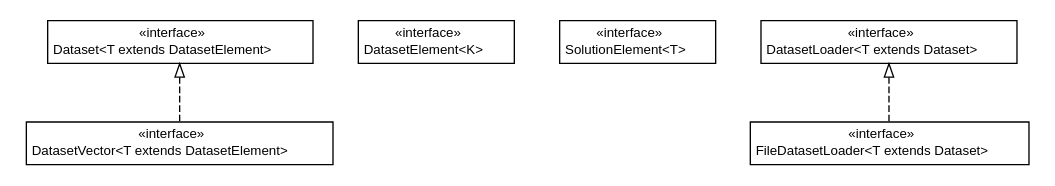
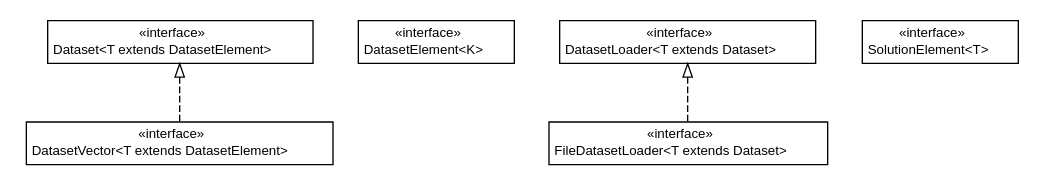
The diagram in docs/it/unica/foresee/datasets/interfaces/it.unica.foresee.datasets.interfaces.dot (UnicaLabs-CS/Foresee), drawn with Graphviz before and after one commit. The commit also changed 175 other files, not shown here.

Commit message:
Updated movielens to an efficient sparse vector data structure, added more dataset element and dataset structures, updated configuration for makefiles, improved experience for windows users, updated documentation, updated configuration script

```diff
--- a/docs/it/unica/foresee/datasets/interfaces/it.unica.foresee.datasets.interfaces.dot
+++ b/docs/it/unica/foresee/datasets/interfaces/it.unica.foresee.datasets.interfaces.dot
@@ -1,58 +1,58 @@
 #!/usr/local/bin/dot
 #
 # Class diagram 
 # Generated by UMLGraph version 5.2 (http://www.umlgraph.org/)
 #
 
 digraph G {
 	edge [fontname="Helvetica",fontsize=10,labelfontname="Helvetica",labelfontsize=10];
 	node [fontname="Helvetica",fontsize=10,shape=plaintext];
 	nodesep=0.25;
 	ranksep=0.5;
 	// it.unica.foresee.datasets.interfaces.DatasetVector<T extends it.unica.foresee.datasets.interfaces.DatasetElement>
-	c39 [label=<<table title="it.unica.foresee.datasets.interfaces.DatasetVector" border="0" cellborder="1" cellspacing="0" cellpadding="2" port="p" href="./DatasetVector.html">
+	c42 [label=<<table title="it.unica.foresee.datasets.interfaces.DatasetVector" border="0" cellborder="1" cellspacing="0" cellpadding="2" port="p" href="./DatasetVector.html">
 		<tr><td><table border="0" cellspacing="0" cellpadding="1">
 <tr><td align="center" balign="center"> &#171;interface&#187; </td></tr>
 <tr><td align="center" balign="center"> DatasetVector&lt;T extends DatasetElement&gt; </td></tr>
 		</table></td></tr>
 		</table>>, fontname="Helvetica", fontcolor="black", fontsize=10.0];
 	// it.unica.foresee.datasets.interfaces.DatasetElement<K>
-	c40 [label=<<table title="it.unica.foresee.datasets.interfaces.DatasetElement" border="0" cellborder="1" cellspacing="0" cellpadding="2" port="p" href="./DatasetElement.html">
+	c43 [label=<<table title="it.unica.foresee.datasets.interfaces.DatasetElement" border="0" cellborder="1" cellspacing="0" cellpadding="2" port="p" href="./DatasetElement.html">
 		<tr><td><table border="0" cellspacing="0" cellpadding="1">
 <tr><td align="center" balign="center"> &#171;interface&#187; </td></tr>
 <tr><td align="center" balign="center"> DatasetElement&lt;K&gt; </td></tr>
 		</table></td></tr>
 		</table>>, fontname="Helvetica", fontcolor="black", fontsize=10.0];
+	// it.unica.foresee.datasets.interfaces.FileDatasetLoader<T extends it.unica.foresee.datasets.interfaces.Dataset>
+	c44 [label=<<table title="it.unica.foresee.datasets.interfaces.FileDatasetLoader" border="0" cellborder="1" cellspacing="0" cellpadding="2" port="p" href="./FileDatasetLoader.html">
+		<tr><td><table border="0" cellspacing="0" cellpadding="1">
+<tr><td align="center" balign="center"> &#171;interface&#187; </td></tr>
+<tr><td align="center" balign="center"> FileDatasetLoader&lt;T extends Dataset&gt; </td></tr>
+		</table></td></tr>
+		</table>>, fontname="Helvetica", fontcolor="black", fontsize=10.0];
 	// it.unica.foresee.datasets.interfaces.SolutionElement<T>
-	c41 [label=<<table title="it.unica.foresee.datasets.interfaces.SolutionElement" border="0" cellborder="1" cellspacing="0" cellpadding="2" port="p" href="./SolutionElement.html">
+	c45 [label=<<table title="it.unica.foresee.datasets.interfaces.SolutionElement" border="0" cellborder="1" cellspacing="0" cellpadding="2" port="p" href="./SolutionElement.html">
 		<tr><td><table border="0" cellspacing="0" cellpadding="1">
 <tr><td align="center" balign="center"> &#171;interface&#187; </td></tr>
 <tr><td align="center" balign="center"> SolutionElement&lt;T&gt; </td></tr>
 		</table></td></tr>
 		</table>>, fontname="Helvetica", fontcolor="black", fontsize=10.0];
 	// it.unica.foresee.datasets.interfaces.Dataset<T extends it.unica.foresee.datasets.interfaces.DatasetElement>
-	c42 [label=<<table title="it.unica.foresee.datasets.interfaces.Dataset" border="0" cellborder="1" cellspacing="0" cellpadding="2" port="p" href="./Dataset.html">
+	c46 [label=<<table title="it.unica.foresee.datasets.interfaces.Dataset" border="0" cellborder="1" cellspacing="0" cellpadding="2" port="p" href="./Dataset.html">
 		<tr><td><table border="0" cellspacing="0" cellpadding="1">
 <tr><td align="center" balign="center"> &#171;interface&#187; </td></tr>
 <tr><td align="center" balign="center"> Dataset&lt;T extends DatasetElement&gt; </td></tr>
 		</table></td></tr>
 		</table>>, fontname="Helvetica", fontcolor="black", fontsize=10.0];
-	// it.unica.foresee.datasets.interfaces.FileDatasetLoader<T extends it.unica.foresee.datasets.interfaces.Dataset>
-	c43 [label=<<table title="it.unica.foresee.datasets.interfaces.FileDatasetLoader" border="0" cellborder="1" cellspacing="0" cellpadding="2" port="p" href="./FileDatasetLoader.html">
-		<tr><td><table border="0" cellspacing="0" cellpadding="1">
-<tr><td align="center" balign="center"> &#171;interface&#187; </td></tr>
-<tr><td align="center" balign="center"> FileDatasetLoader&lt;T extends Dataset&gt; </td></tr>
-		</table></td></tr>
-		</table>>, fontname="Helvetica", fontcolor="black", fontsize=10.0];
 	// it.unica.foresee.datasets.interfaces.DatasetLoader<T extends it.unica.foresee.datasets.interfaces.Dataset>
-	c44 [label=<<table title="it.unica.foresee.datasets.interfaces.DatasetLoader" border="0" cellborder="1" cellspacing="0" cellpadding="2" port="p" href="./DatasetLoader.html">
+	c47 [label=<<table title="it.unica.foresee.datasets.interfaces.DatasetLoader" border="0" cellborder="1" cellspacing="0" cellpadding="2" port="p" href="./DatasetLoader.html">
 		<tr><td><table border="0" cellspacing="0" cellpadding="1">
 <tr><td align="center" balign="center"> &#171;interface&#187; </td></tr>
 <tr><td align="center" balign="center"> DatasetLoader&lt;T extends Dataset&gt; </td></tr>
 		</table></td></tr>
 		</table>>, fontname="Helvetica", fontcolor="black", fontsize=10.0];
 	//it.unica.foresee.datasets.interfaces.DatasetVector<T extends it.unica.foresee.datasets.interfaces.DatasetElement> implements it.unica.foresee.datasets.interfaces.Dataset<T extends it.unica.foresee.datasets.interfaces.DatasetElement>
-	c42:p -> c39:p [dir=back,arrowtail=empty,style=dashed];
+	c46:p -> c42:p [dir=back,arrowtail=empty,style=dashed];
 	//it.unica.foresee.datasets.interfaces.FileDatasetLoader<T extends it.unica.foresee.datasets.interfaces.Dataset> implements it.unica.foresee.datasets.interfaces.DatasetLoader<T extends it.unica.foresee.datasets.interfaces.Dataset>
-	c44:p -> c43:p [dir=back,arrowtail=empty,style=dashed];
+	c47:p -> c44:p [dir=back,arrowtail=empty,style=dashed];
 }
```
